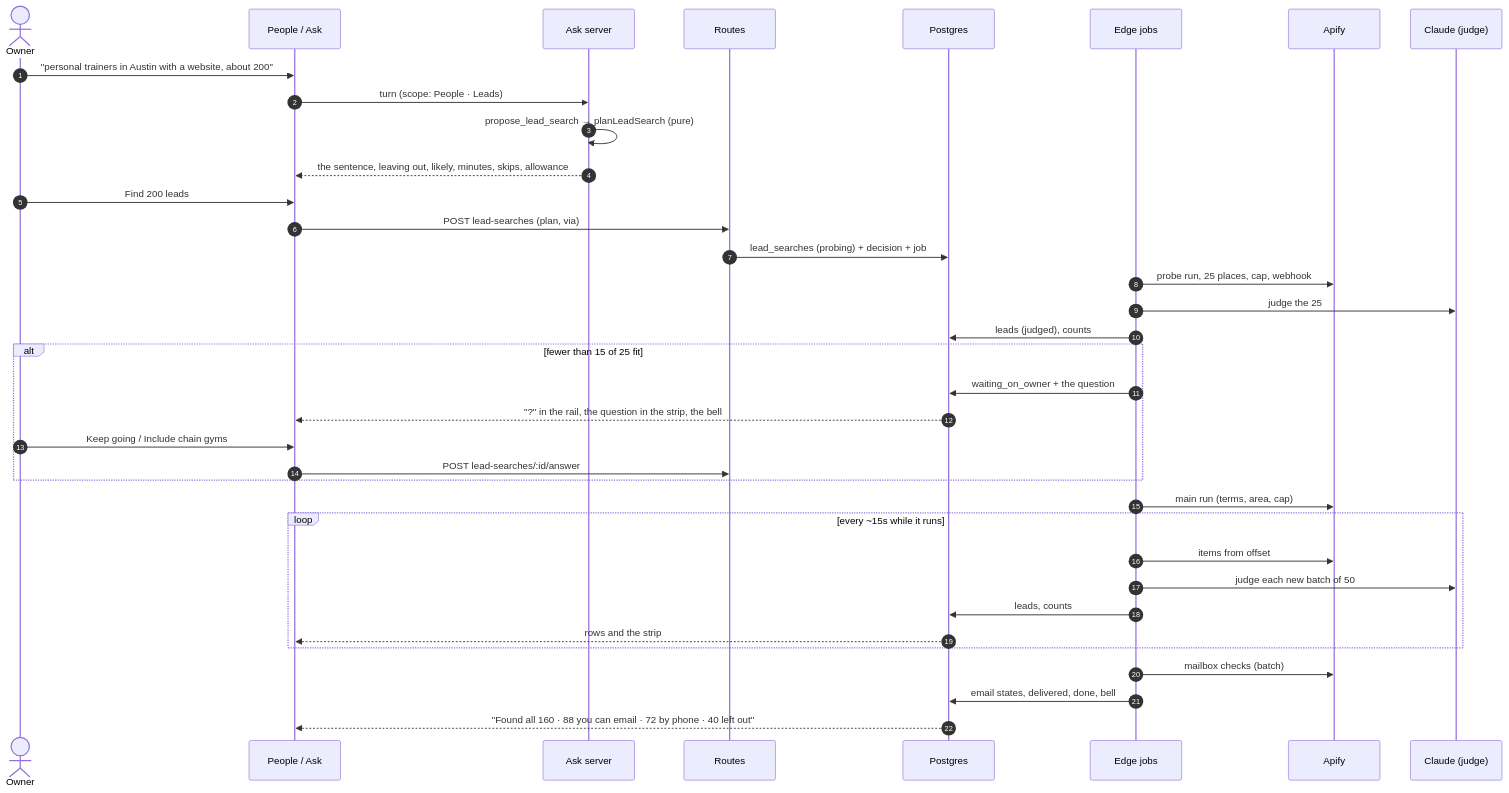
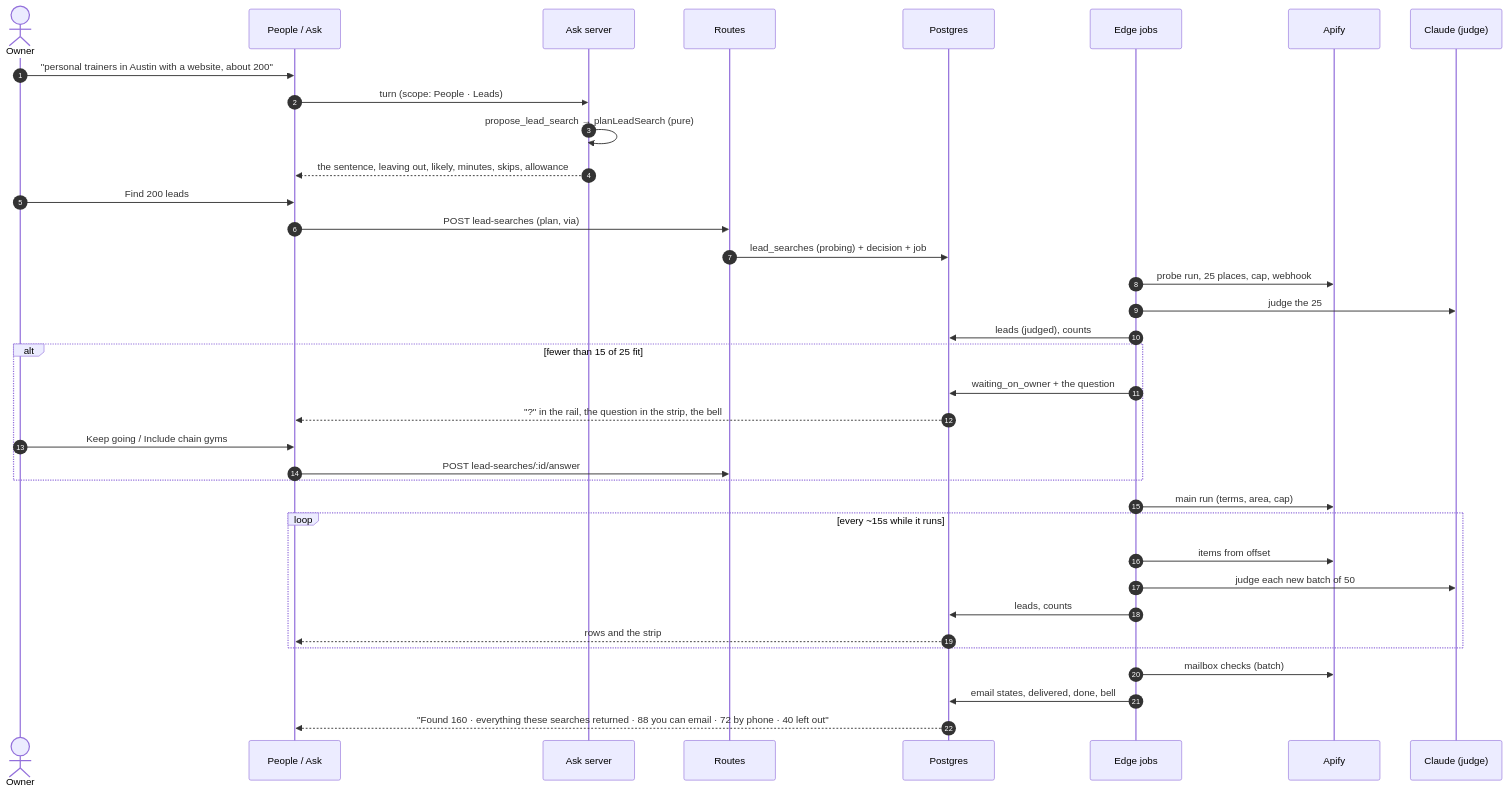
One commit to expectmeout/chanlytics-os changed the second of 2 diagrams in docs/plans/2026-09-17-people-table-and-lead-finder.md. Above: the diagram before and after it, drawn with Mermaid. The commit also changed other lines of this file, not shown here.

````diff
--- a/docs/plans/2026-09-17-people-table-and-lead-finder.md
+++ b/docs/plans/2026-09-17-people-table-and-lead-finder.md
@@ -407,38 +449,38 @@
 ```mermaid
 sequenceDiagram
   autonumber
   actor O as Owner
   participant UI as People / Ask
   participant AS as Ask server
   participant API as Routes
   participant DB as Postgres
   participant E as Edge jobs
   participant AP as Apify
   participant CL as Claude (judge)
   O->>UI: "personal trainers in Austin with a website, about 200"
   UI->>AS: turn (scope: People · Leads)
   AS->>AS: propose_lead_search → planLeadSearch (pure)
   AS-->>UI: the sentence, leaving out, likely, minutes, skips, allowance
   O->>UI: Find 200 leads
   UI->>API: POST lead-searches (plan, via)
   API->>DB: lead_searches (probing) + decision + job
   E->>AP: probe run, 25 places, cap, webhook
   E->>CL: judge the 25
   E->>DB: leads (judged), counts
   alt fewer than 15 of 25 fit
     E->>DB: waiting_on_owner + the question
     DB-->>UI: "?" in the rail, the question in the strip, the bell
     O->>UI: Keep going / Include chain gyms
     UI->>API: POST lead-searches/:id/answer
   end
   E->>AP: main run (terms, area, cap)
   loop every ~15s while it runs
     E->>AP: items from offset
     E->>CL: judge each new batch of 50
     E->>DB: leads, counts
     DB-->>UI: rows and the strip
   end
   E->>AP: mailbox checks (batch)
   E->>DB: email states, delivered, done, bell
-  DB-->>UI: "Found all 160 · 88 you can email · 72 by phone · 40 left out"
+  DB-->>UI: "Found 160 · everything these searches returned · 88 you can email · 72 by phone · 40 left out"
 ```
````
